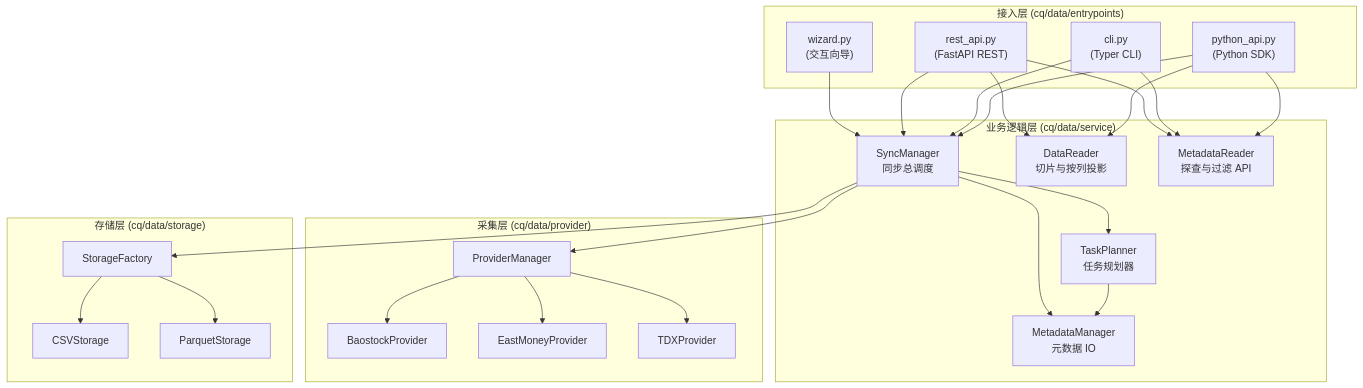
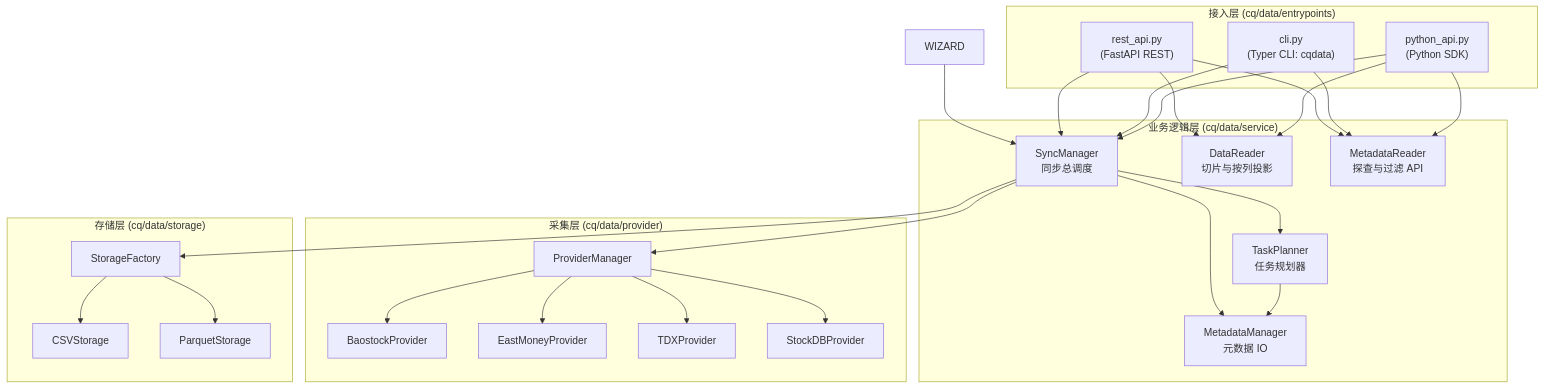
One commit to CRThu/carrotquant-data changed the diagram in README.md. Above: the diagram before and after it, drawn with Mermaid. The commit also changed other lines of this file and 41 other files, not shown here.

````diff
--- a/README.md
+++ b/README.md
@@ -48,51 +45,52 @@
 ```mermaid
 graph TB
     subgraph Entrypoints["接入层 (cq/data/entrypoints)"]
         PYTHON_API["python_api.py<br/>(Python SDK)"]
-        CLI["cli.py<br/>(Typer CLI)"]
+        CLI["cli.py<br/>(Typer CLI: cqdata)"]
         REST["rest_api.py<br/>(FastAPI REST)"]
-        WIZARD["wizard.py<br/>(交互向导)"]
     end
 
     subgraph Service["业务逻辑层 (cq/data/service)"]
         SM["SyncManager<br/>同步总调度"]
         DR["DataReader<br/>切片与按列投影"]
         MR["MetadataReader<br/>探查与过滤 API"]
         TASK_PLANNER["TaskPlanner<br/>任务规划器"]
         MM["MetadataManager<br/>元数据 IO"]
     end
 
     subgraph Provider["采集层 (cq/data/provider)"]
         PM["ProviderManager"]
         BP["BaostockProvider"]
         EP["EastMoneyProvider"]
         TDX_PROV["TDXProvider"]
+        SP["StockDBProvider"]
     end
 
     subgraph Storage["存储层 (cq/data/storage)"]
         SF["StorageFactory"]
         CSV["CSVStorage"]
         PQ["ParquetStorage"]
     end
 
     PYTHON_API --> DR
     PYTHON_API --> MR
     PYTHON_API --> SM
     CLI --> SM
     CLI --> MR
     REST --> DR
     REST --> MR
     REST --> SM
     WIZARD --> SM
 
     SM --> TASK_PLANNER
     SM --> PM
     SM --> SF
     TASK_PLANNER --> MM
     SM --> MM
     PM --> BP
     PM --> EP
     PM --> TDX_PROV
+    PM --> SP
     SF --> CSV
     SF --> PQ
 ```
````
